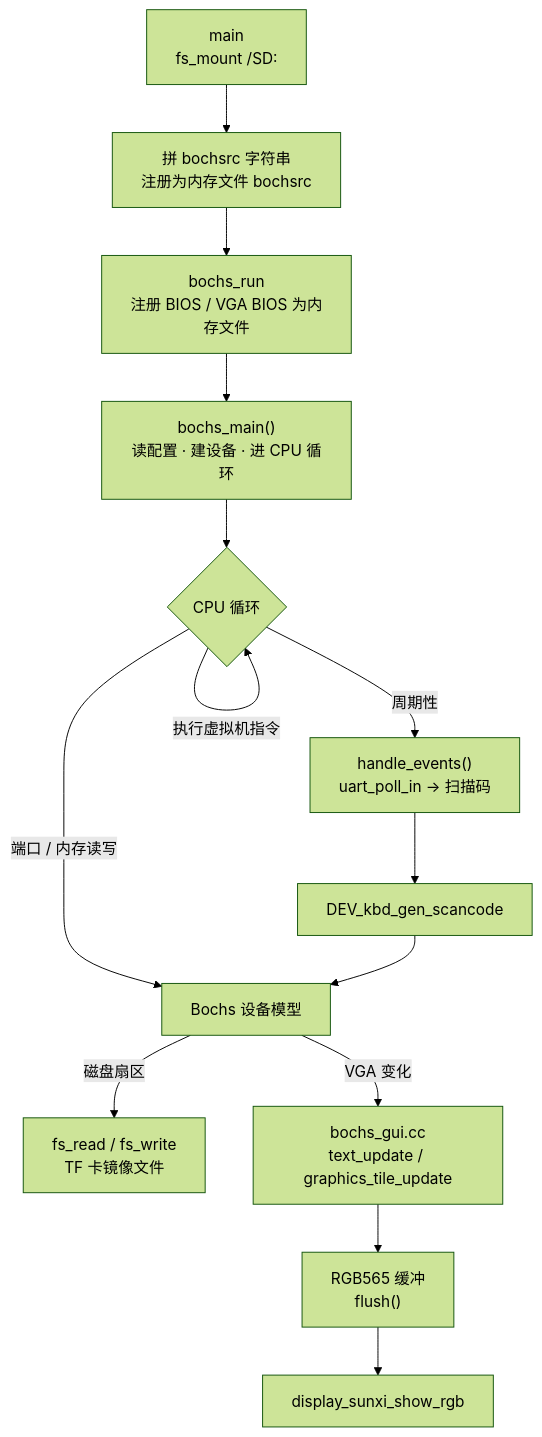
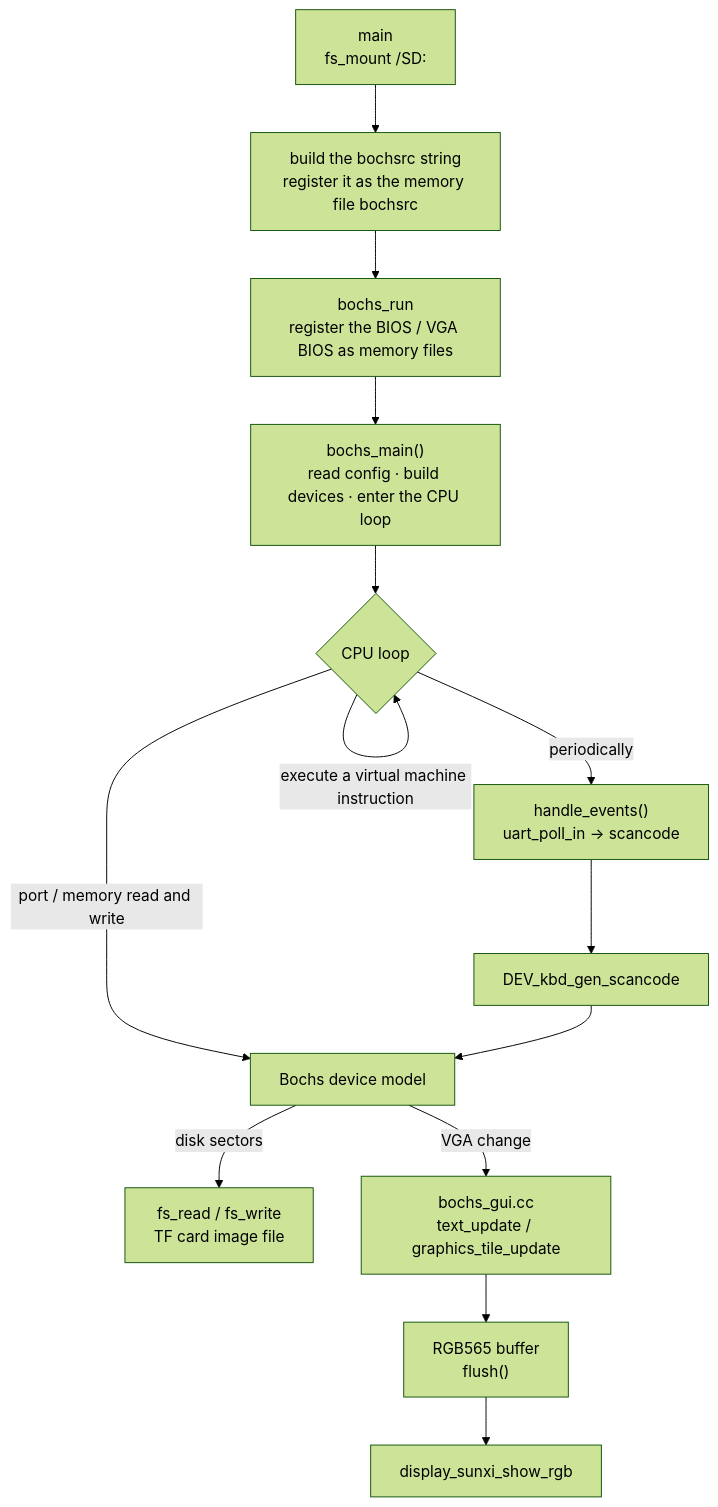
Before and after one commit to YuzukiHD/YuzukiNeko: the second of 2 diagrams in docs/src/content/docs/dev/zephyr/apps/win95.md, drawn with Mermaid (forest theme). The commit also changed other lines of this file and 216 other files, not shown here.

````diff
--- a/docs/src/content/docs/dev/zephyr/apps/win95.md
+++ b/docs/src/content/docs/dev/zephyr/apps/win95.md
@@ -186,14 +186,14 @@
 ```mermaid
 flowchart TD
-    M["main<br/>fs_mount /SD:"] --> RC["拼 bochsrc 字符串<br/>注册为内存文件 bochsrc"]
-    RC --> RUN["bochs_run<br/>注册 BIOS / VGA BIOS 为内存文件"]
-    RUN --> BM["bochs_main()<br/>读配置 · 建设备 · 进 CPU 循环"]
-    BM --> LOOP{"CPU 循环"}
-    LOOP -->|"执行虚拟机指令"| LOOP
-    LOOP -->|"端口 / 内存读写"| DEV["Bochs 设备模型"]
-    DEV -->|"磁盘扇区"| FS["fs_read / fs_write<br/>TF 卡镜像文件"]
-    DEV -->|"VGA 变化"| GUI["bochs_gui.cc<br/>text_update / graphics_tile_update"]
-    GUI --> PIC["RGB565 缓冲<br/>flush()"] --> SHOW["display_sunxi_show_rgb"]
-    LOOP -->|"周期性"| EV["handle_events()<br/>uart_poll_in → 扫描码"]
+    M["main<br/>fs_mount /SD:"] --> RC["build the bochsrc string<br/>register it as the memory file bochsrc"]
+    RC --> RUN["bochs_run<br/>register the BIOS / VGA BIOS as memory files"]
+    RUN --> BM["bochs_main()<br/>read config · build devices · enter the CPU loop"]
+    BM --> LOOP{"CPU loop"}
+    LOOP -->|"execute a virtual machine instruction"| LOOP
+    LOOP -->|"port / memory read and write"| DEV["Bochs device model"]
+    DEV -->|"disk sectors"| FS["fs_read / fs_write<br/>TF card image file"]
+    DEV -->|"VGA change"| GUI["bochs_gui.cc<br/>text_update / graphics_tile_update"]
+    GUI --> PIC["RGB565 buffer<br/>flush()"] --> SHOW["display_sunxi_show_rgb"]
+    LOOP -->|"periodically"| EV["handle_events()<br/>uart_poll_in → scancode"]
     EV --> KBD["DEV_kbd_gen_scancode"] --> DEV
 ```
````
